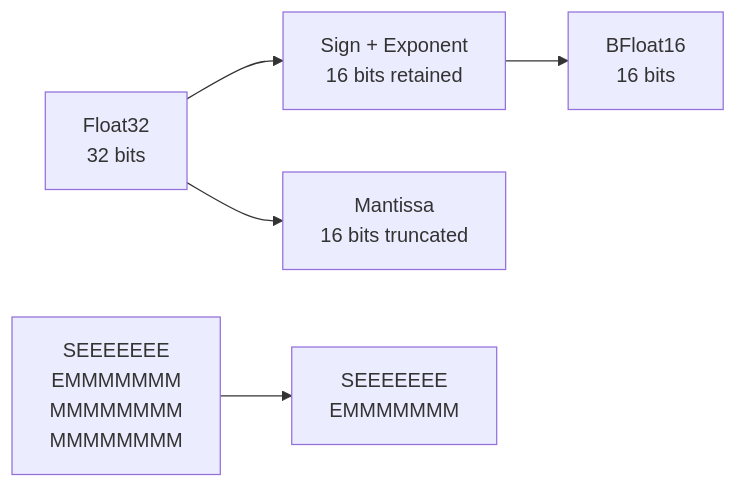
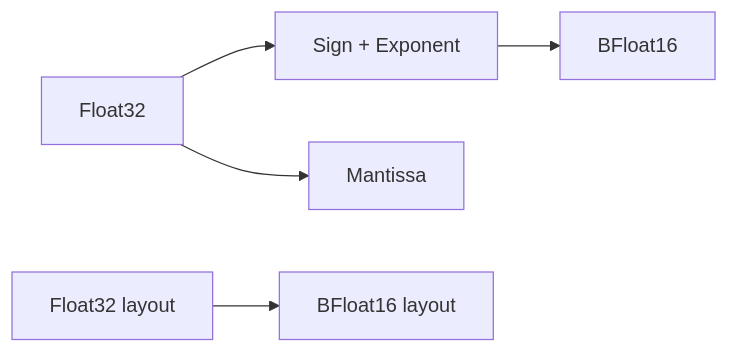
The first of 2 diagrams in docs/en/algorithms/vector-metrics.md (nexepic/zyx), drawn with Mermaid before and after one commit. The commit also changed other lines of this file and 21 other files, not shown here.

First line of the commit message:
fix: resolve Mermaid diagram display issues in VitePress

````diff
--- a/docs/en/algorithms/vector-metrics.md
+++ b/docs/en/algorithms/vector-metrics.md
@@ -249,9 +249,9 @@
 ```mermaid
 graph LR
-    A[Float32<br/>32 bits] --> B[Sign + Exponent<br/>16 bits retained]
-    A --> C[Mantissa<br/>16 bits truncated]
+    A[Float32] --> B[Sign + Exponent]
+    A --> C[Mantissa]
 
-    B --> D[BFloat16<br/>16 bits]
+    B --> D[BFloat16]
 
-    A2[SEEEEEEE<br/>EMMMMMMM<br/>MMMMMMMM<br/>MMMMMMMM] --> B2[SEEEEEEE<br/>EMMMMMMM]
+    A2[Float32 layout] --> B2[BFloat16 layout]
 ```
````
